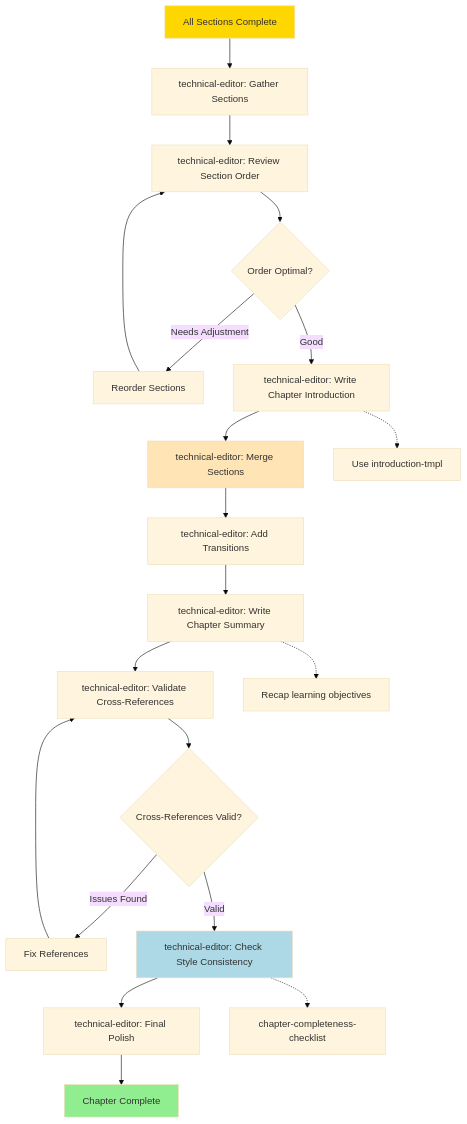
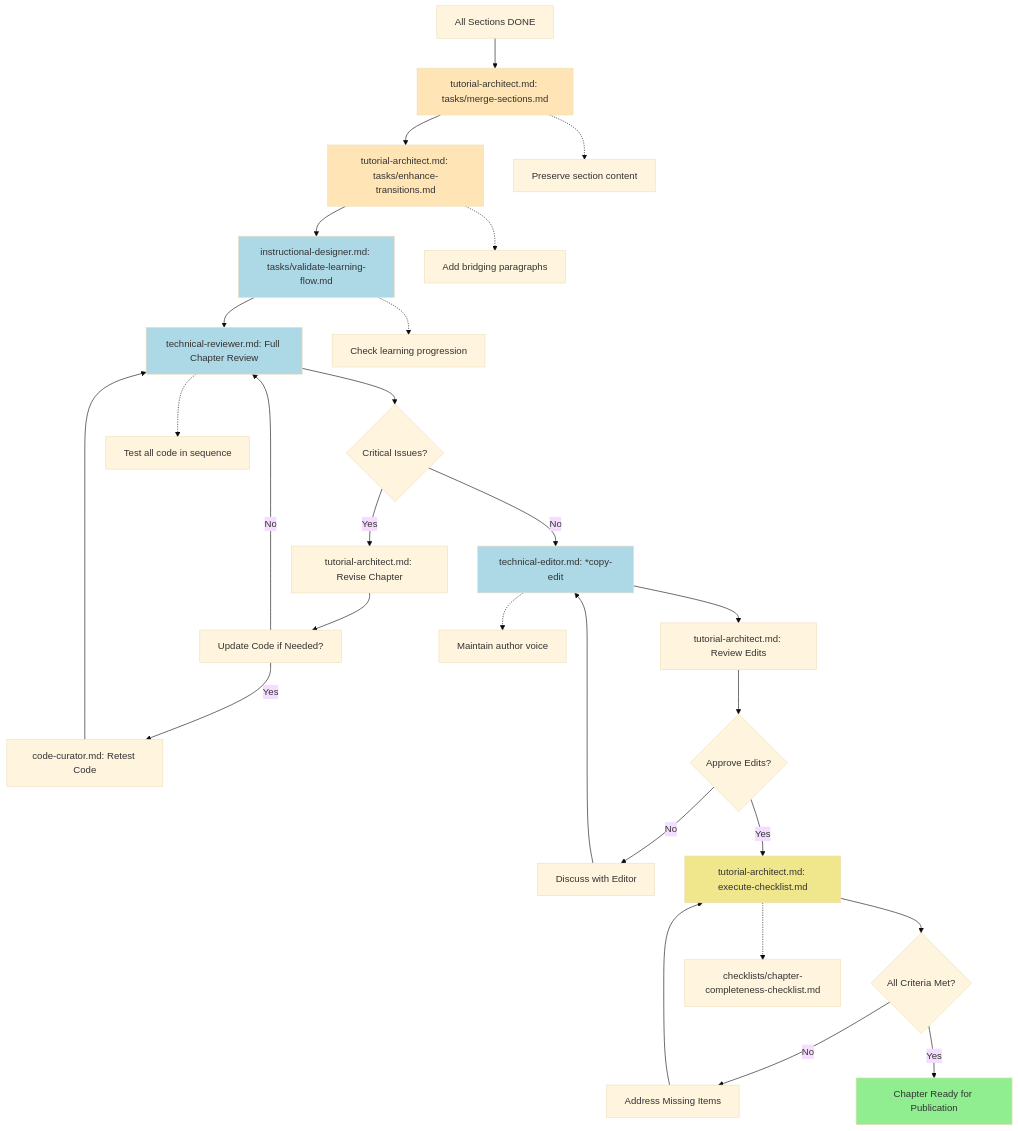
The seventh of 18 diagrams in expansion-packs/bmad-technical-writing/docs/process-flows.md (drbothen/BMAD-METHOD), drawn with Mermaid (base theme) before and after one commit. The commit also changed other lines of this file, not shown here.

Commit message:
docs: add comprehensive process flow documentation

````diff
--- a/expansion-packs/bmad-technical-writing/docs/process-flows.md
+++ b/expansion-packs/bmad-technical-writing/docs/process-flows.md
@@ -385,28 +595,38 @@
 ```mermaid
 graph TD
-    A[All Sections Complete] --> B[technical-editor: Gather Sections]
-    B --> C[technical-editor: Review Section Order]
-    C --> D{Order Optimal?}
-    D -->|Needs Adjustment| E[Reorder Sections]
-    E --> C
-    D -->|Good| F[technical-editor: Write Chapter Introduction]
-    F --> G[technical-editor: Merge Sections]
-    G --> H[technical-editor: Add Transitions]
-    H --> I[technical-editor: Write Chapter Summary]
-    I --> J[technical-editor: Validate Cross-References]
-    J --> K{Cross-References Valid?}
-    K -->|Issues Found| L[Fix References]
-    L --> J
-    K -->|Valid| M[technical-editor: Check Style Consistency]
-    M --> N[technical-editor: Final Polish]
-    N --> O[Chapter Complete]
+    A[All Sections DONE] --> B[tutorial-architect.md: tasks/merge-sections.md]
+    B --> C[tutorial-architect.md: tasks/enhance-transitions.md]
+    C --> D[instructional-designer.md: tasks/validate-learning-flow.md]
+    D --> E[technical-reviewer.md: Full Chapter Review]
+    E --> F{Critical Issues?}
+    F -->|Yes| G[tutorial-architect.md: Revise Chapter]
+    G --> H[Update Code if Needed?]
+    H -->|Yes| I[code-curator.md: Retest Code]
+    I --> E
+    H -->|No| E
+    F -->|No| J[technical-editor.md: *copy-edit]
+    J --> K[tutorial-architect.md: Review Edits]
+    K --> L{Approve Edits?}
+    L -->|No| M[Discuss with Editor]
+    M --> J
+    L -->|Yes| N[tutorial-architect.md: execute-checklist.md]
+    N --> O{All Criteria Met?}
+    O -->|No| P[Address Missing Items]
+    P --> N
+    O -->|Yes| Q[Chapter Ready for Publication]
 
-    F -.-> F1[Use introduction-tmpl]
-    I -.-> I1[Recap learning objectives]
-    M -.-> M1[chapter-completeness-checklist]
+    B -.-> B1[Preserve section content]
+    C -.-> C1[Add bridging paragraphs]
+    D -.-> D1[Check learning progression]
+    E -.-> E1[Test all code in sequence]
+    J -.-> J1[Maintain author voice]
+    N -.-> N1[checklists/chapter-completeness-checklist.md]
 
-    style A fill:#FFD700
-    style O fill:#90EE90
-    style G fill:#FFE4B5
-    style M fill:#ADD8E6
+    style Q fill:#90EE90
+    style B fill:#FFE4B5
+    style C fill:#FFE4B5
+    style D fill:#ADD8E6
+    style E fill:#ADD8E6
+    style J fill:#ADD8E6
+    style N fill:#F0E68C
 ```
````
